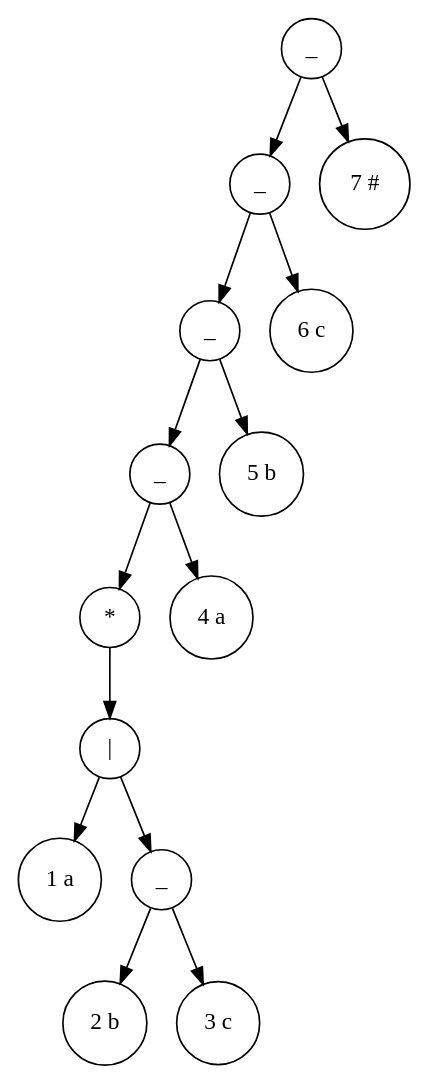
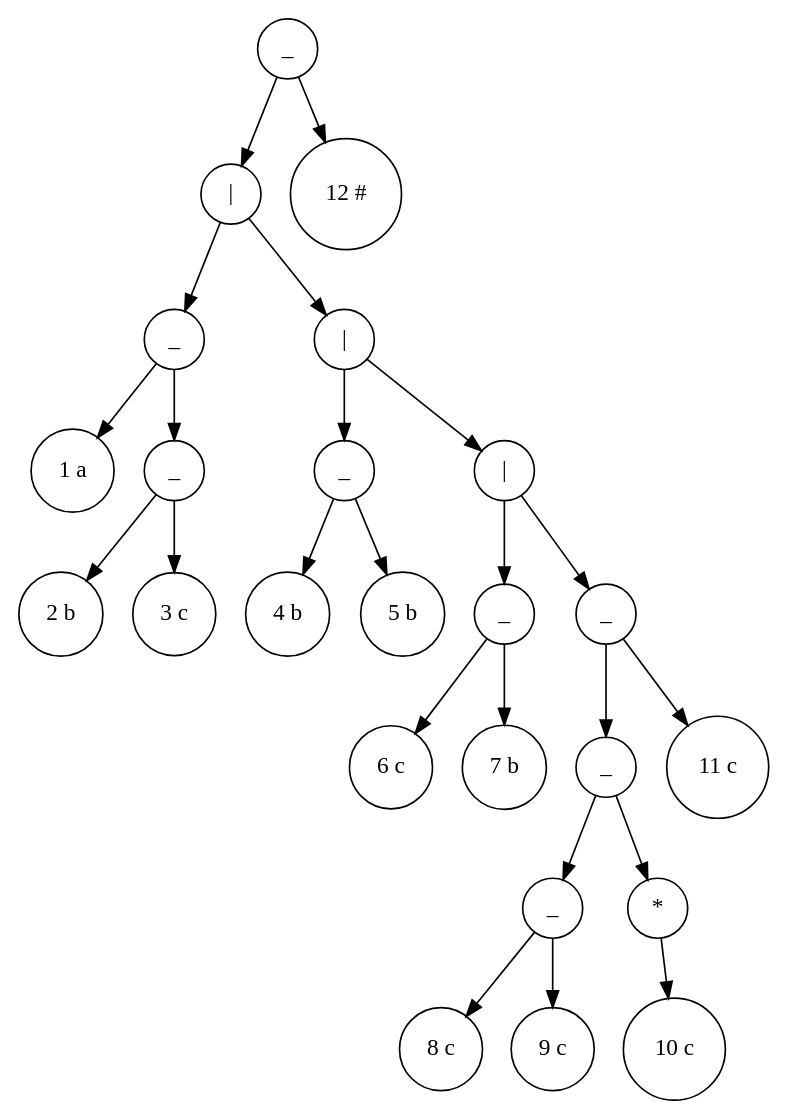
One commit to x6x4/LAB2_URGENCY changed the diagram in tree_output/tree_output.dot. Above: the diagram before and after it, drawn with Graphviz. The commit also changed 10 other files, not shown here.

```diff
--- a/tree_output/tree_output.dot
+++ b/tree_output/tree_output.dot
@@ -1,30 +1,50 @@
 digraph Tree {
 node [shape=circle];
-94013749581680 [label="_"];
-94013749581680 -> 94013749581584;
-94013749581584 [label="_"];
-94013749581584 -> 94013749581440;
-94013749581440 [label="_"];
-94013749581440 -> 94013749581296;
-94013749581296 [label="_"];
-94013749581296 -> 94013749581152;
-94013749581152 [label="*"];
-94013749581152 -> 94013749581104;
-94013749581104 [label="|"];
-94013749581104 -> 94013749580480;
-94013749580480 [label="1 a"];
-94013749581104 -> 94013749580912;
-94013749580912 [label="_"];
-94013749580912 -> 94013749580528;
-94013749580528 [label="2 b"];
-94013749580912 -> 94013749580720;
-94013749580720 [label="3 c"];
-94013749581296 -> 94013749581200;
-94013749581200 [label="4 a"];
-94013749581440 -> 94013749581344;
-94013749581344 [label="5 b"];
-94013749581584 -> 94013749581488;
-94013749581488 [label="6 c"];
-94013749581680 -> 94013749581632;
-94013749581632 [label="7 #"];
+93834514963136 [label="_"];
+93834514963136 -> 93834514963040;
+93834514963040 [label="|"];
+93834514963040 -> 93834514961840;
+93834514961840 [label="_"];
+93834514961840 -> 93834514961216;
+93834514961216 [label="1 a"];
+93834514961840 -> 93834514961648;
+93834514961648 [label="_"];
+93834514961648 -> 93834514961264;
+93834514961264 [label="2 b"];
+93834514961648 -> 93834514961456;
+93834514961456 [label="3 c"];
+93834514963040 -> 93834514962992;
+93834514962992 [label="|"];
+93834514962992 -> 93834514962080;
+93834514962080 [label="_"];
+93834514962080 -> 93834514961888;
+93834514961888 [label="4 b"];
+93834514962080 -> 93834514961984;
+93834514961984 [label="5 b"];
+93834514962992 -> 93834514962944;
+93834514962944 [label="|"];
+93834514962944 -> 93834514962320;
+93834514962320 [label="_"];
+93834514962320 -> 93834514962128;
+93834514962128 [label="6 c"];
+93834514962320 -> 93834514962224;
+93834514962224 [label="7 b"];
+93834514962944 -> 93834514962896;
+93834514962896 [label="_"];
+93834514962896 -> 93834514962752;
+93834514962752 [label="_"];
+93834514962752 -> 93834514962560;
+93834514962560 [label="_"];
+93834514962560 -> 93834514962368;
+93834514962368 [label="8 c"];
+93834514962560 -> 93834514962464;
+93834514962464 [label="9 c"];
+93834514962752 -> 93834514962704;
+93834514962704 [label="*"];
+93834514962704 -> 93834514962608;
+93834514962608 [label="10 c"];
+93834514962896 -> 93834514962800;
+93834514962800 [label="11 c"];
+93834514963136 -> 93834514963088;
+93834514963088 [label="12 #"];
 }
```
